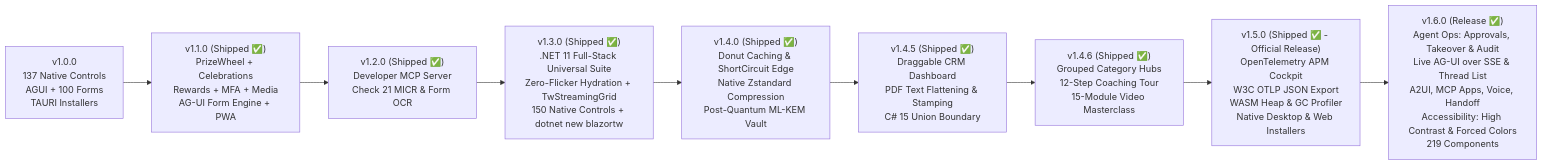
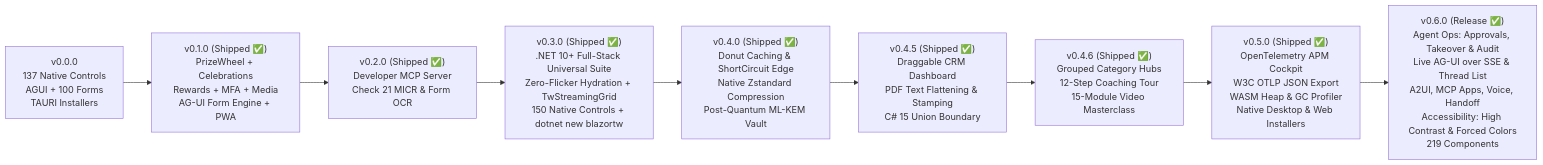
One commit to donpotts/BlazorTailwindUI changed the diagram in docs/ROADMAP.md. Above: the diagram before and after it, drawn with Mermaid. The commit also changed other lines of this file and 84 other files, not shown here.

First line of the commit message:
chore(release): reset to the 0.n.n version line (0.6.0), fix .NET labels, credit sources accurately

````diff
--- a/docs/ROADMAP.md
+++ b/docs/ROADMAP.md
@@ -691,11 +691,11 @@
 ```mermaid
 flowchart LR
-    A["v1.0.0<br/>137 Native Controls<br/>AGUI + 100 Forms<br/>TAURI Installers"] --> B["v1.1.0 (Shipped ✅)<br/>PrizeWheel + Celebrations<br/>Rewards + MFA + Media<br/>AG-UI Form Engine + PWA"]
-    B --> C["v1.2.0 (Shipped ✅)<br/>Developer MCP Server<br/>Check 21 MICR & Form OCR"]
-    C --> D["v1.3.0 (Shipped ✅)<br/>.NET 11 Full-Stack Universal Suite<br/>Zero-Flicker Hydration + TwStreamingGrid<br/>150 Native Controls + dotnet new blazortw"]
-    D --> E["v1.4.0 (Shipped ✅)<br/>Donut Caching & ShortCircuit Edge<br/>Native Zstandard Compression<br/>Post-Quantum ML-KEM Vault"]
-    E --> F["v1.4.5 (Shipped ✅)<br/>Draggable CRM Dashboard<br/>PDF Text Flattening & Stamping<br/>C# 15 Union Boundary"]
-    F --> G["v1.4.6 (Shipped ✅)<br/>Grouped Category Hubs<br/>12-Step Coaching Tour<br/>15-Module Video Masterclass"]
-    G --> H["v1.5.0 (Shipped ✅ - Official Release)<br/>OpenTelemetry APM Cockpit<br/>W3C OTLP JSON Export<br/>WASM Heap & GC Profiler<br/>Native Desktop & Web Installers"]
-    H --> I["v1.6.0 (Release ✅)<br/>Agent Ops: Approvals, Takeover & Audit<br/>Live AG-UI over SSE & Thread List<br/>A2UI, MCP Apps, Voice, Handoff<br/>Accessibility: High Contrast & Forced Colors<br/>219 Components"]
+    A["v0.0.0<br/>137 Native Controls<br/>AGUI + 100 Forms<br/>TAURI Installers"] --> B["v0.1.0 (Shipped ✅)<br/>PrizeWheel + Celebrations<br/>Rewards + MFA + Media<br/>AG-UI Form Engine + PWA"]
+    B --> C["v0.2.0 (Shipped ✅)<br/>Developer MCP Server<br/>Check 21 MICR & Form OCR"]
+    C --> D["v0.3.0 (Shipped ✅)<br/>.NET 10+ Full-Stack Universal Suite<br/>Zero-Flicker Hydration + TwStreamingGrid<br/>150 Native Controls + dotnet new blazortw"]
+    D --> E["v0.4.0 (Shipped ✅)<br/>Donut Caching & ShortCircuit Edge<br/>Native Zstandard Compression<br/>Post-Quantum ML-KEM Vault"]
+    E --> F["v0.4.5 (Shipped ✅)<br/>Draggable CRM Dashboard<br/>PDF Text Flattening & Stamping<br/>C# 15 Union Boundary"]
+    F --> G["v0.4.6 (Shipped ✅)<br/>Grouped Category Hubs<br/>12-Step Coaching Tour<br/>15-Module Video Masterclass"]
+    G --> H["v0.5.0 (Shipped ✅)<br/>OpenTelemetry APM Cockpit<br/>W3C OTLP JSON Export<br/>WASM Heap & GC Profiler<br/>Native Desktop & Web Installers"]
+    H --> I["v0.6.0 (Release ✅)<br/>Agent Ops: Approvals, Takeover & Audit<br/>Live AG-UI over SSE & Thread List<br/>A2UI, MCP Apps, Voice, Handoff<br/>Accessibility: High Contrast & Forced Colors<br/>219 Components"]
 ```
````
